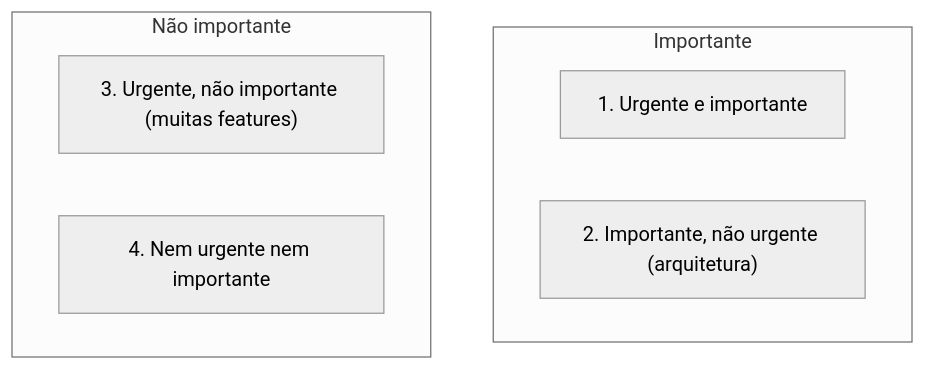
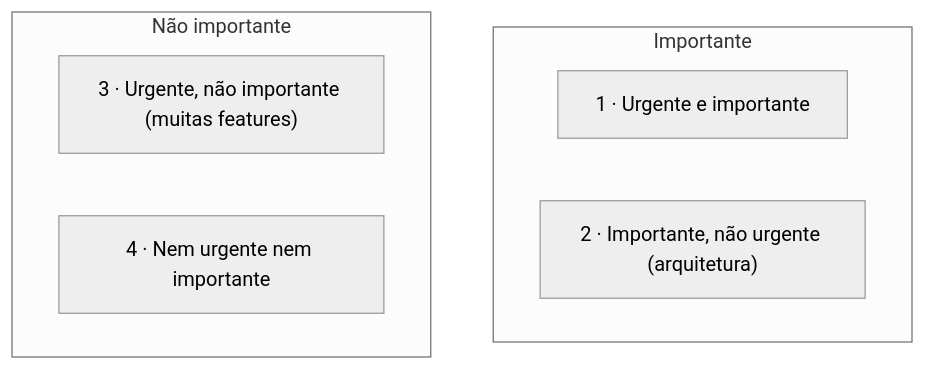
The second of 2 diagrams in content/pt-br/arquitetura/clean-architecture/01-introducao-o-que-e-design-e-arquitetura.md (ogatalars/guia_software_engineering_teorico), drawn with Mermaid (neutral theme) before and after one commit. The commit also changed 12 other files, not shown here.

First line of the commit message:
fix(content): corrige diagramas Mermaid com rótulos iniciados por 'N.'

````diff
--- a/content/pt-br/arquitetura/clean-architecture/01-introducao-o-que-e-design-e-arquitetura.md
+++ b/content/pt-br/arquitetura/clean-architecture/01-introducao-o-que-e-design-e-arquitetura.md
@@ -69,11 +69,11 @@
 ```mermaid
 flowchart TB
     subgraph Importante
-        Q1["1. Urgente e importante"]
-        Q2["2. Importante, não urgente (arquitetura)"]
+        Q1["1 · Urgente e importante"]
+        Q2["2 · Importante, não urgente (arquitetura)"]
     end
     subgraph "Não importante"
-        Q3["3. Urgente, não importante (muitas features)"]
-        Q4["4. Nem urgente nem importante"]
+        Q3["3 · Urgente, não importante (muitas features)"]
+        Q4["4 · Nem urgente nem importante"]
     end
 ```
````
